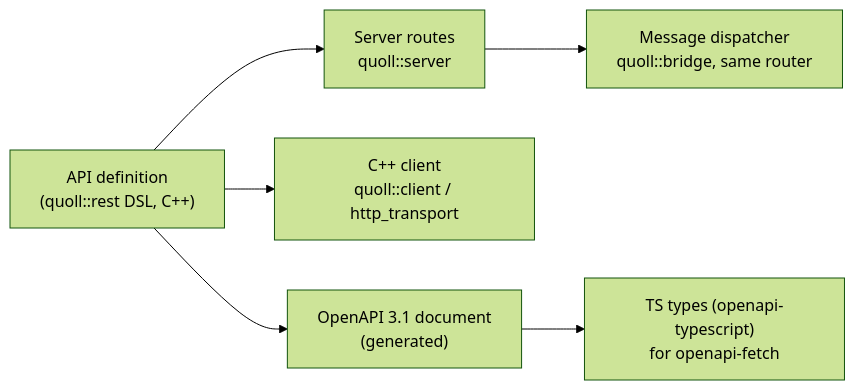
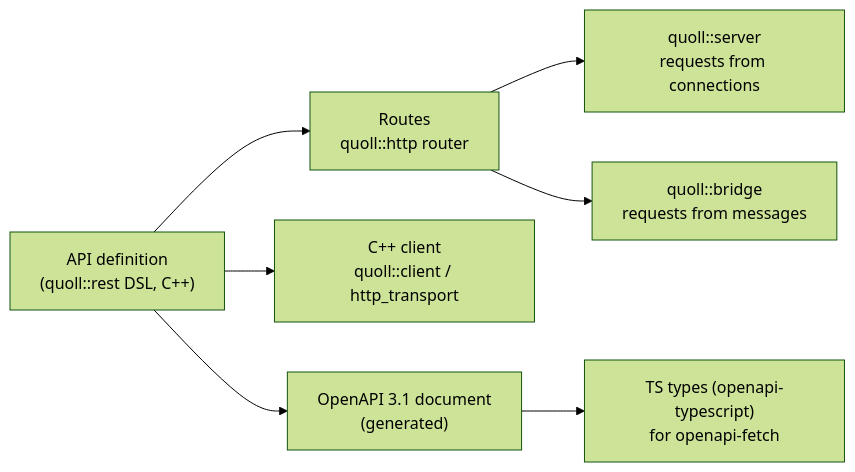
One commit to 4thlabs/quoll changed the second of 8 diagrams in docs/PLAN.md. Above: the diagram before and after it, drawn with Mermaid (forest theme). The commit also changed other lines of this file, not shown here.

First line of the commit message:
Plan: transport-independent router in quoll::http, Server-Sent Events

````diff
--- a/docs/PLAN.md
+++ b/docs/PLAN.md
@@ -115,9 +120,10 @@
 ```mermaid
 flowchart LR
   dsl["API definition<br/>(quoll::rest DSL, C++)"]
-  dsl --> routes["Server routes<br/>quoll::server"]
+  dsl --> routes["Routes<br/>quoll::http router"]
   dsl --> cppclient["C++ client<br/>quoll::client / http_transport"]
   dsl --> spec["OpenAPI 3.1 document<br/>(generated)"]
   spec --> ts["TS types (openapi-typescript)<br/>for openapi-fetch"]
-  routes --> dispatch["Message dispatcher<br/>quoll::bridge, same router"]
+  routes --> srv["quoll::server<br/>requests from connections"]
+  routes --> dispatch["quoll::bridge<br/>requests from messages"]
 ```
````
